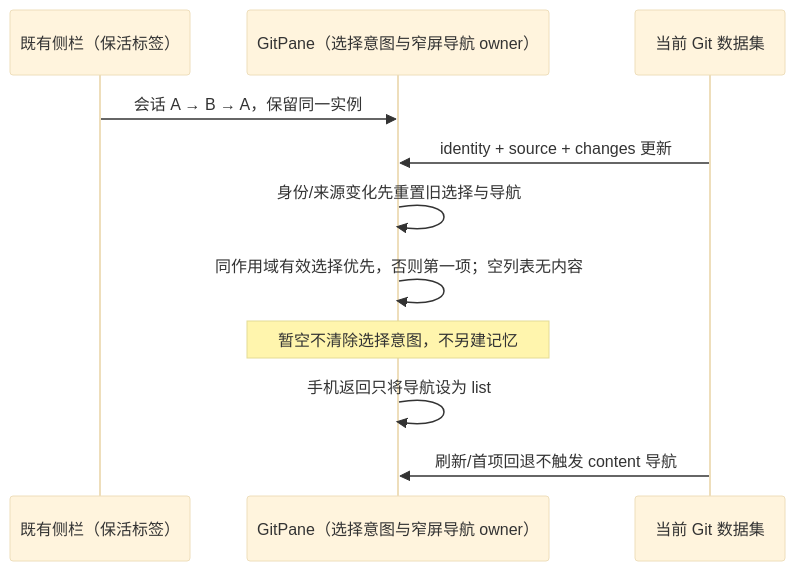
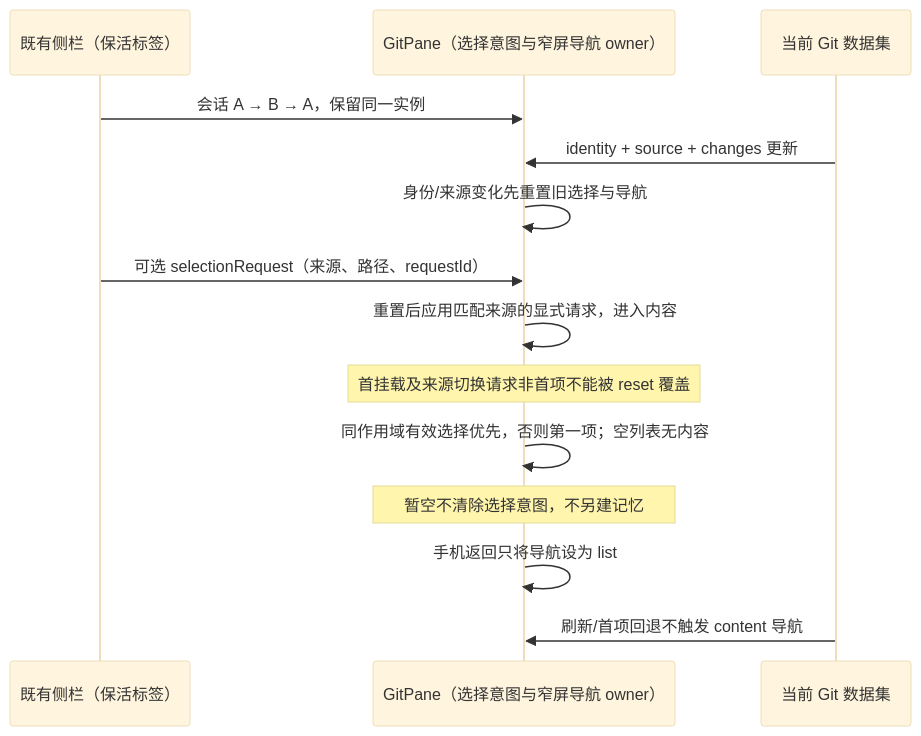
The first of 5 diagrams in docs/git-review-split-layout.md (l1m2e/ZCode), drawn with Mermaid (base theme) before and after one commit. The commit also changed 31 other files, not shown here.

````diff
--- a/docs/git-review-split-layout.md
+++ b/docs/git-review-split-layout.md
@@ -19,13 +19,16 @@
 ```mermaid
 sequenceDiagram
     participant Shell as 既有侧栏（保活标签）
     participant Pane as GitPane（选择意图与窄屏导航 owner）
     participant Data as 当前 Git 数据集
     Shell->>Pane: 会话 A → B → A，保留同一实例
     Data->>Pane: identity + source + changes 更新
     Pane->>Pane: 身份/来源变化先重置旧选择与导航
+    Shell->>Pane: 可选 selectionRequest（来源、路径、requestId）
+    Pane->>Pane: 重置后应用匹配来源的显式请求，进入内容
+    Note over Pane: 首挂载及来源切换请求非首项不能被 reset 覆盖
     Pane->>Pane: 同作用域有效选择优先，否则第一项；空列表无内容
     Note over Pane: 暂空不清除选择意图，不另建记忆
     Pane->>Pane: 手机返回只将导航设为 list
     Data->>Pane: 刷新/首项回退不触发 content 导航
 ```
````
